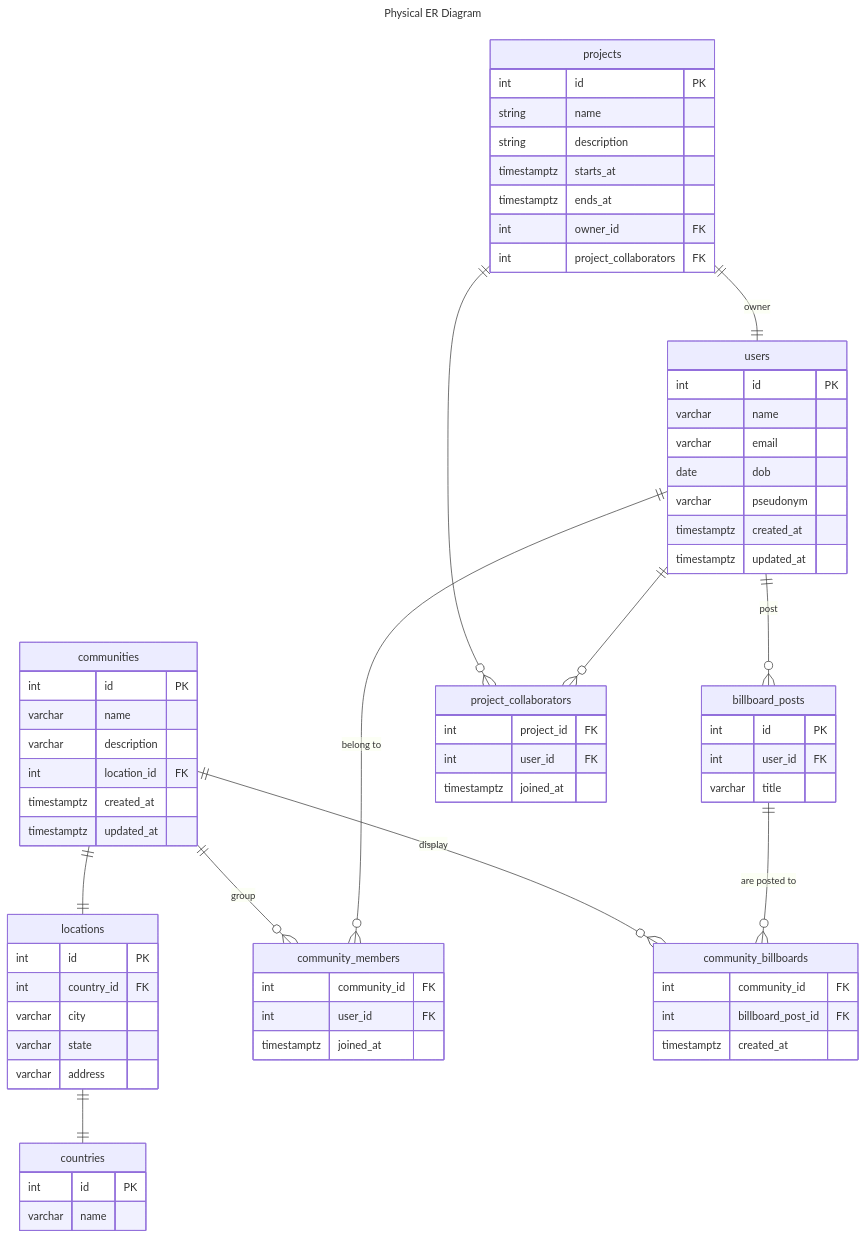
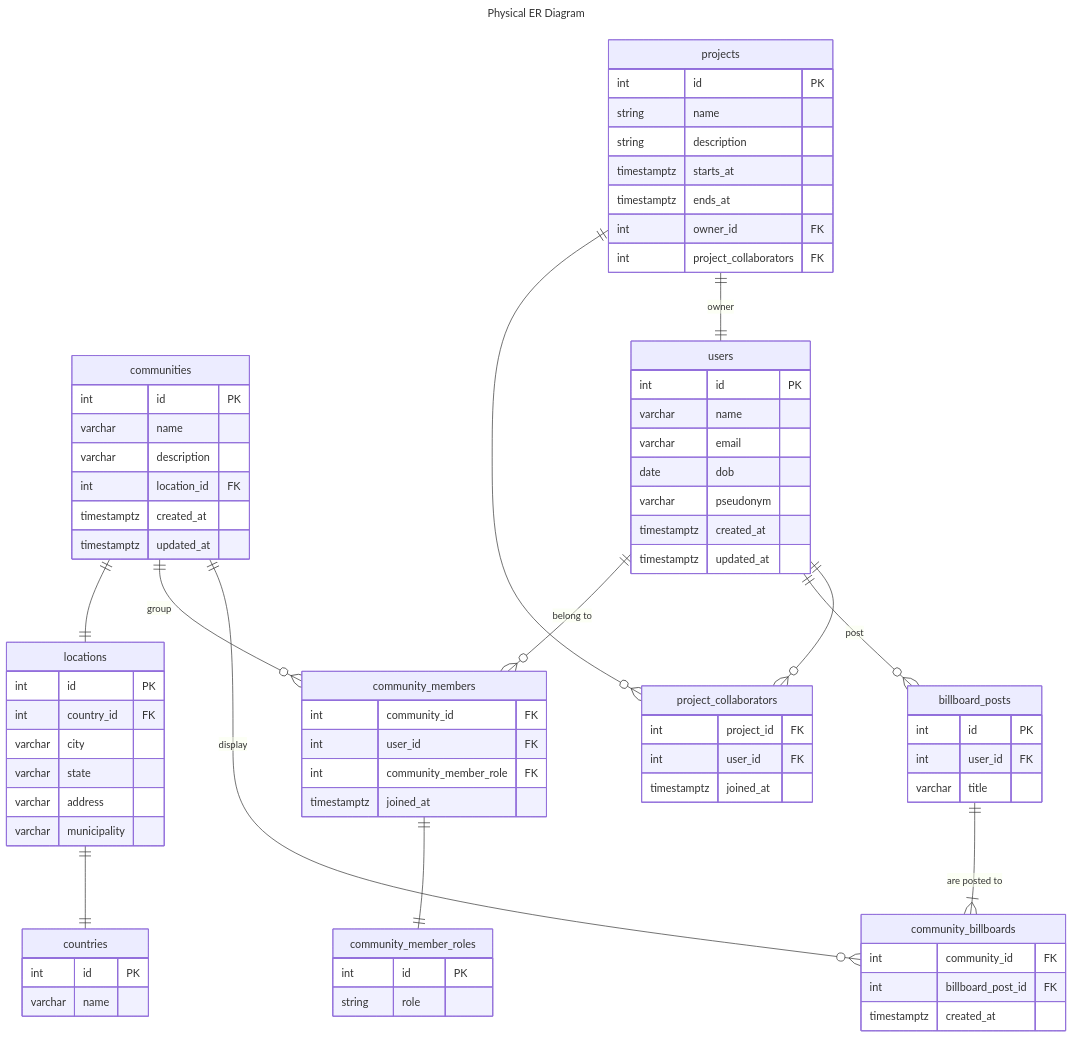
One commit to digivoro/minkoo changed the second of 2 diagrams in data-model.md. Above: the diagram before and after it, drawn with Mermaid.

Commit message:
feat: add community members and roles to the data model

````diff
--- a/data-model.md
+++ b/data-model.md
@@ -18,6 +18,7 @@
 ---
 erDiagram
   communities ||--|| locations : ""
+  community_members ||--|| community_member_roles : ""
   communities ||--o{ community_members : "group"
   users ||--o{ community_members : "belong to"
   users ||--o{ billboard_posts : "post"
@@ -25,7 +26,7 @@
   projects ||--|| users : "owner"
   locations ||--|| countries : ""
   communities ||--o{ community_billboards : "display"
-  billboard_posts ||--o{ community_billboards : "are posted to"
+  billboard_posts ||--|{ community_billboards : "are posted to"
   users ||--o{ project_collaborators : ""
 
   communities {
@@ -64,6 +65,7 @@
   community_members {
     int community_id FK
     int user_id FK
+    int community_member_role FK
     timestamptz joined_at
   }
   community_billboards {
@@ -84,9 +86,14 @@
     varchar city
     varchar state
     varchar address
+    varchar municipality
   }
   countries {
     int id PK
     varchar name
   }
+  community_member_roles {
+    int id PK
+    string role
+  }
 ```
````
